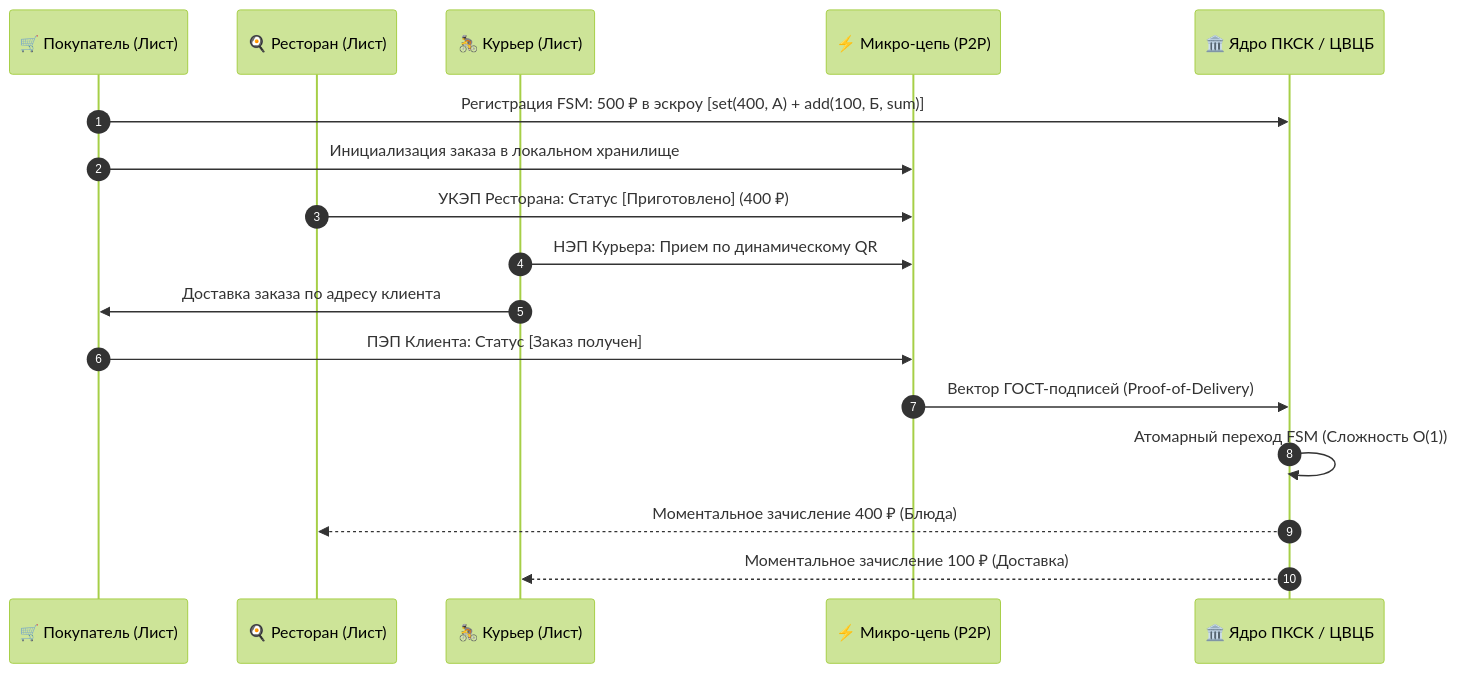
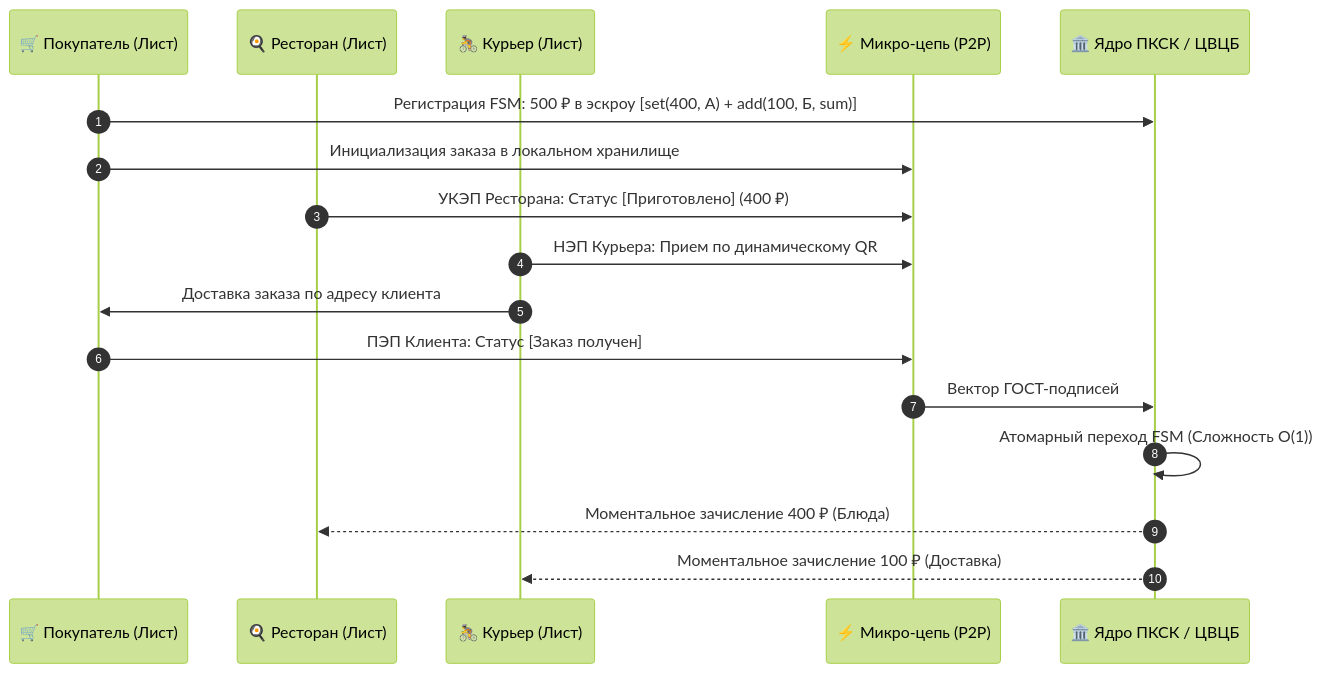
The fourth of 7 diagrams in shared_docs/whitepapers/06_cbr_smart_contracts_fsm_whitepaper.md (Data-Independence-Network/presentations), drawn with Mermaid (forest theme) before and after one commit. The commit also changed other lines of this file and 8 other files, not shown here.

````diff
--- a/shared_docs/whitepapers/06_cbr_smart_contracts_fsm_whitepaper.md
+++ b/shared_docs/whitepapers/06_cbr_smart_contracts_fsm_whitepaper.md
@@ -275,20 +275,20 @@
 ```mermaid
 sequenceDiagram
     autonumber
     participant Buyer as 🛒 Покупатель (Лист)
     participant Rest as 🍳 Ресторан (Лист)
     participant Courier as 🚴 Курьер (Лист)
     participant P2P as ⚡ Микро-цепь (P2P)
     participant Core as 🏛️ Ядро ПКСК / ЦВЦБ
 
     Buyer->>Core: Регистрация FSM: 500 ₽ в эскроу [set(400, А) + add(100, Б, sum)]
     Buyer->>P2P: Инициализация заказа в локальном хранилище
     Rest->>P2P: УКЭП Ресторана: Статус [Приготовлено] (400 ₽)
     Courier->>P2P: НЭП Курьера: Прием по динамическому QR
     Courier->>Buyer: Доставка заказа по адресу клиента
     Buyer->>P2P: ПЭП Клиента: Статус [Заказ получен]
-    P2P->>Core: Вектор ГОСТ-подписей (Proof-of-Delivery)
+    P2P->>Core: Вектор ГОСТ-подписей
     Core->>Core: Атомарный переход FSM (Сложность O(1))
     Core-->>Rest: Моментальное зачисление 400 ₽ (Блюда)
     Core-->>Courier: Моментальное зачисление 100 ₽ (Доставка)
 ```
````
